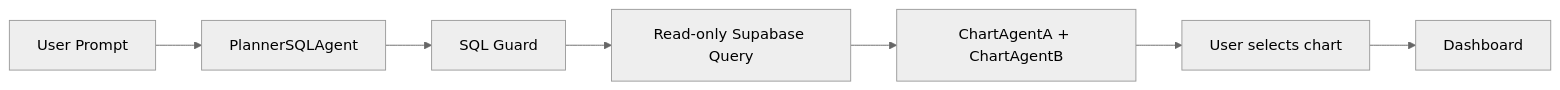
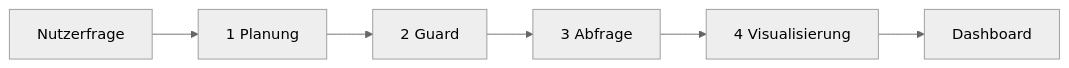
The diagram in README.md (Saliousen79/simap-explorer), drawn with Mermaid (neutral theme) before and after one commit. The commit also changed other lines of this file and 16 other files, not shown here.

````diff
--- a/README.md
+++ b/README.md
@@ -13,9 +18,8 @@
 ```mermaid
 flowchart LR
-  A[User Prompt] --> B[PlannerSQLAgent]
-  B --> C[SQL Guard]
-  C --> D[Read-only Supabase Query]
-  D --> E[ChartAgentA + ChartAgentB]
-  E --> F[User selects chart]
-  F --> G[Dashboard]
+  A[Nutzerfrage] --> B[1 Planung]
+  B --> C[2 Guard]
+  C --> D[3 Abfrage]
+  D --> E[4 Visualisierung]
+  E --> F[Dashboard]
 ```
````
